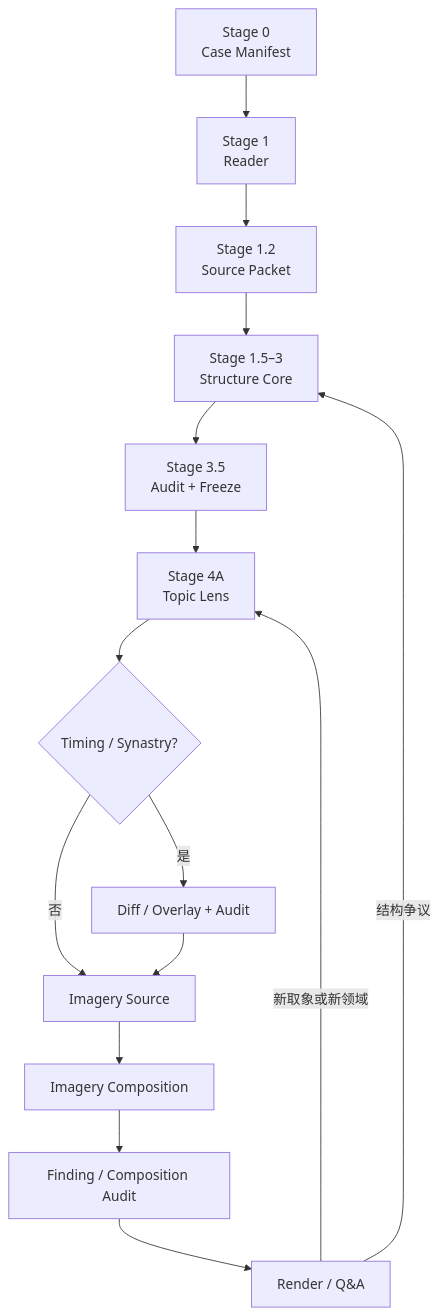
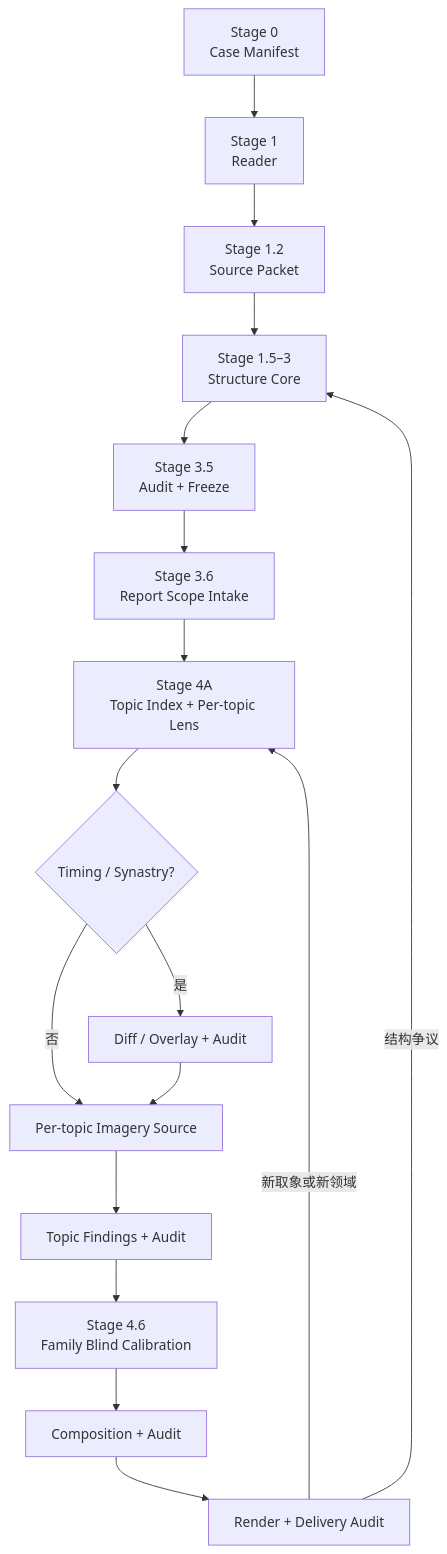
Before and after one commit to Kico-Tachagemofet/bazi-structure-dynamics: the diagram in README.md, drawn with Mermaid. The commit also changed other lines of this file and 28 other files, not shown here.

````diff
--- a/README.md
+++ b/README.md
@@ -24,17 +26,19 @@
 ```mermaid
 flowchart TD
     A["Stage 0<br/>Case Manifest"] --> B["Stage 1<br/>Reader"]
     B --> C["Stage 1.2<br/>Source Packet"]
     C --> D["Stage 1.5–3<br/>Structure Core"]
     D --> E["Stage 3.5<br/>Audit + Freeze"]
-    E --> F["Stage 4A<br/>Topic Lens"]
-    F --> G{"Timing / Synastry?"}
-    G -- "是" --> H["Diff / Overlay + Audit"]
-    G -- "否" --> I["Imagery Source"]
-    H --> I
-    I --> J["Imagery Composition"]
-    J --> K["Finding / Composition Audit"]
-    K --> L["Render / Q&A"]
-    L -- "新取象或新领域" --> F
-    L -- "结构争议" --> D
+    E --> F["Stage 3.6<br/>Report Scope Intake"]
+    F --> G["Stage 4A<br/>Topic Index + Per-topic Lens"]
+    G --> H{"Timing / Synastry?"}
+    H -- "是" --> I["Diff / Overlay + Audit"]
+    H -- "否" --> J["Per-topic Imagery Source"]
+    I --> J
+    J --> K["Topic Findings + Audit"]
+    K --> L["Stage 4.6<br/>Family Blind Calibration"]
+    L --> M["Composition + Audit"]
+    M --> N["Render + Delivery Audit"]
+    N -- "新取象或新领域" --> G
+    N -- "结构争议" --> D
 ```
````
